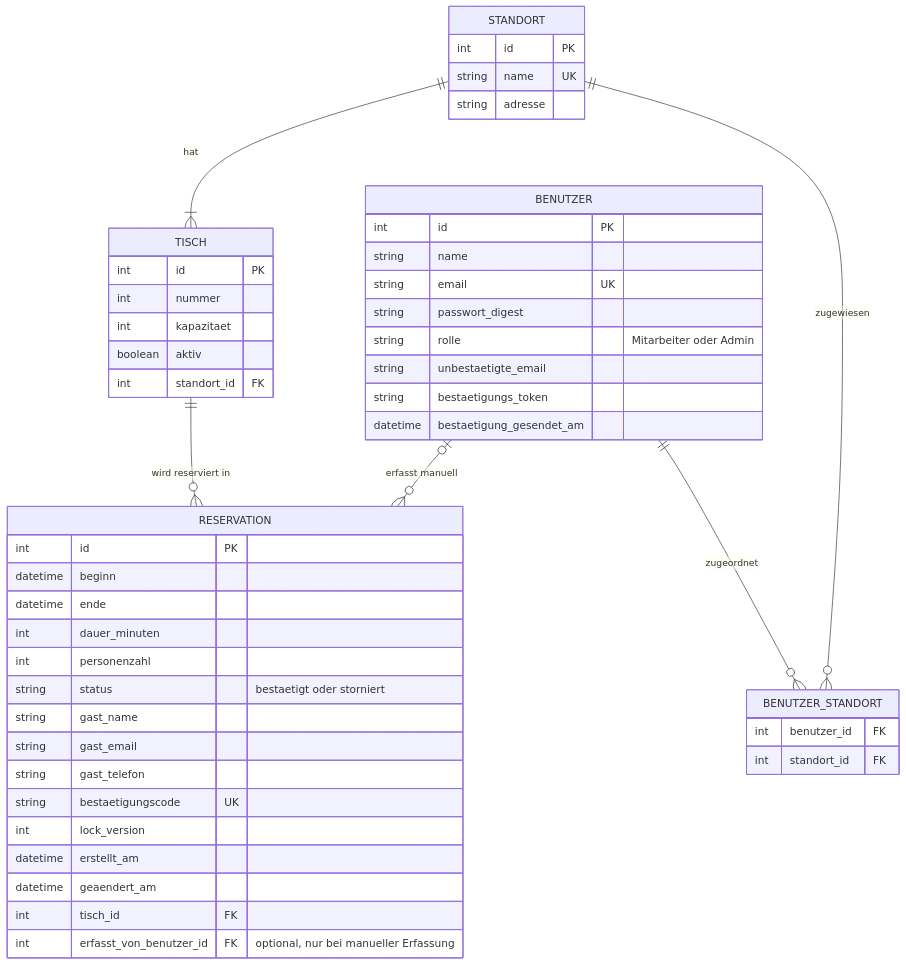
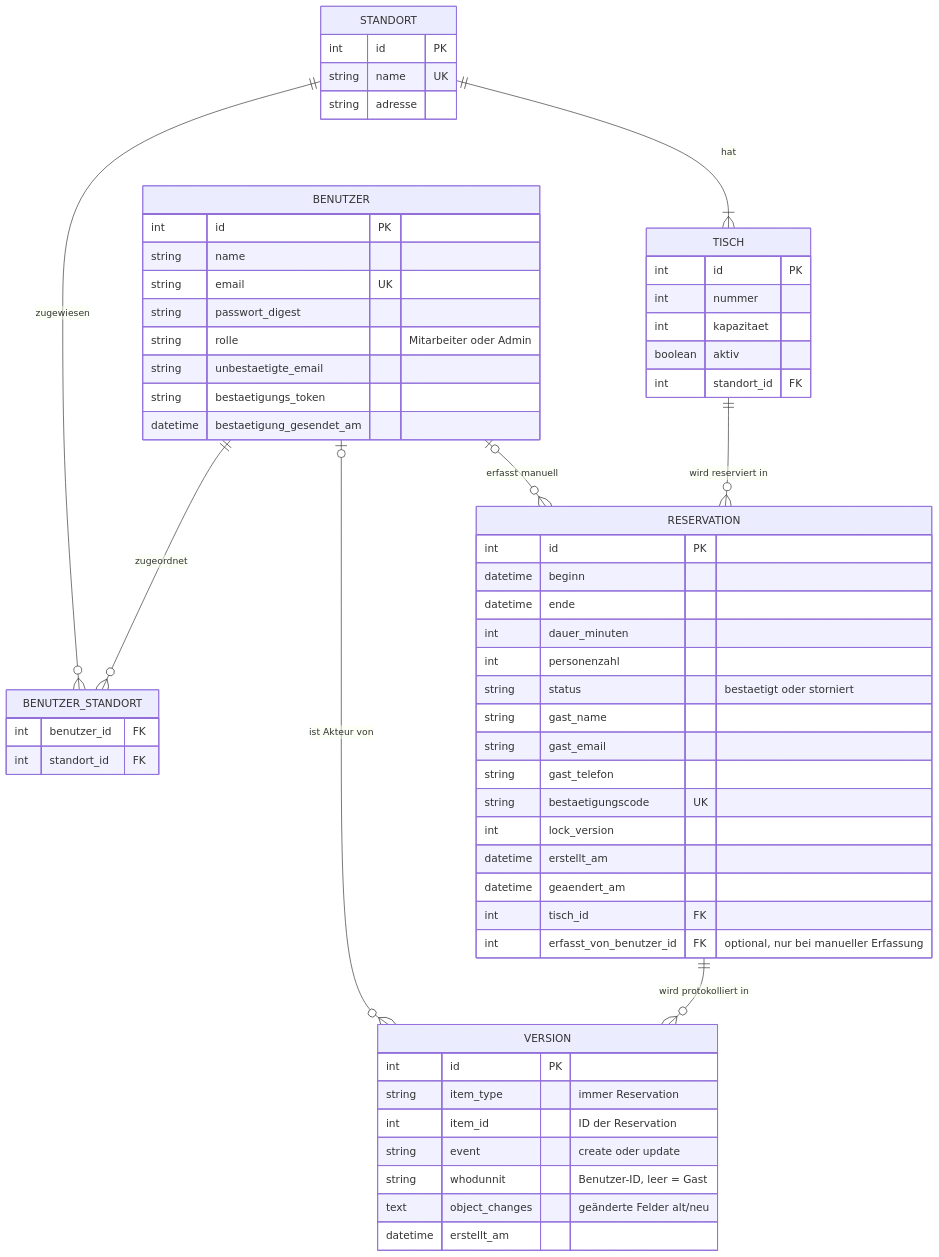
Before and after one commit to Sandro-BBZBL/M223_Tavalino: the first of 5 diagrams in docs/sandro_bucher_dokumentation_v2.md, drawn with Mermaid. The commit also changed other lines of this file, not shown here.

````diff
--- a/docs/sandro_bucher_dokumentation_v2.md
+++ b/docs/sandro_bucher_dokumentation_v2.md
@@ -126,56 +141,68 @@
 ```mermaid
 erDiagram
     STANDORT {
         int id PK
         string name UK
         string adresse
     }
 
     TISCH {
         int id PK
         int nummer
         int kapazitaet
         boolean aktiv
         int standort_id FK
     }
 
     BENUTZER {
         int id PK
         string name
         string email UK
         string passwort_digest
         string rolle "Mitarbeiter oder Admin"
         string unbestaetigte_email
         string bestaetigungs_token
         datetime bestaetigung_gesendet_am
     }
 
     BENUTZER_STANDORT {
         int benutzer_id FK
         int standort_id FK
     }
 
     RESERVATION {
         int id PK
         datetime beginn
         datetime ende
         int dauer_minuten
         int personenzahl
         string status "bestaetigt oder storniert"
         string gast_name
         string gast_email
         string gast_telefon
         string bestaetigungscode UK
         int lock_version
         datetime erstellt_am
         datetime geaendert_am
         int tisch_id FK
         int erfasst_von_benutzer_id FK "optional, nur bei manueller Erfassung"
     }
 
+    VERSION {
+        int id PK
+        string item_type "immer Reservation"
+        int item_id "ID der Reservation"
+        string event "create oder update"
+        string whodunnit "Benutzer-ID, leer = Gast"
+        text object_changes "geänderte Felder alt/neu"
+        datetime erstellt_am
+    }
+
     STANDORT ||--|{ TISCH : "hat"
     TISCH ||--o{ RESERVATION : "wird reserviert in"
     BENUTZER |o--o{ RESERVATION : "erfasst manuell"
     BENUTZER ||--o{ BENUTZER_STANDORT : "zugeordnet"
     STANDORT ||--o{ BENUTZER_STANDORT : "zugewiesen"
+    RESERVATION ||--o{ VERSION : "wird protokolliert in"
+    BENUTZER |o--o{ VERSION : "ist Akteur von"
 ```
````
